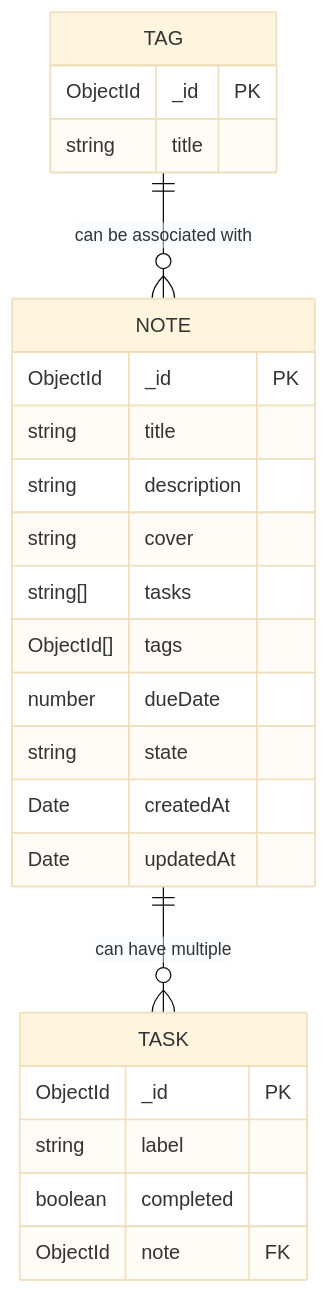
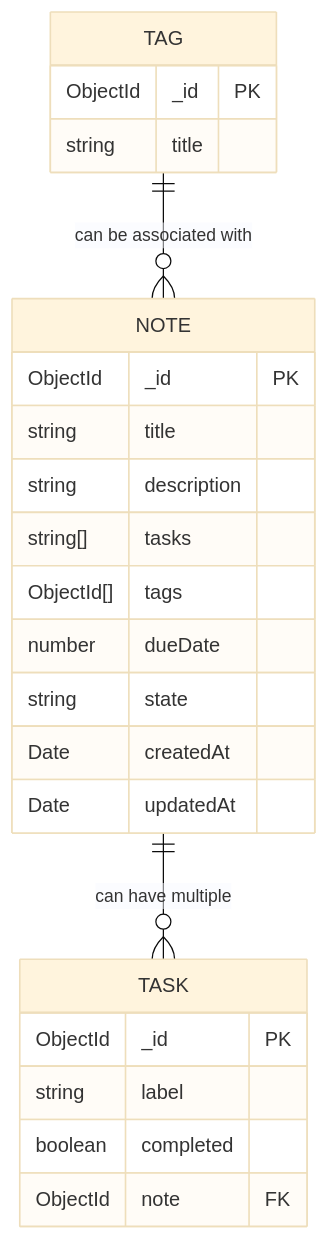
Before and after one commit to baptiste-jullion/b3-todo: the diagram in api/MODELS.md, drawn with Mermaid (base theme). The commit also changed 3 other files, not shown here.

````diff
--- a/api/MODELS.md
+++ b/api/MODELS.md
@@ -1,30 +1,29 @@
 ```mermaid
 erDiagram
     TAG {
         ObjectId _id PK
         string title
     }
 
     NOTE {
         ObjectId _id PK
         string title
         string description
-        string cover
         string[] tasks
         ObjectId[] tags
         number dueDate
         string state
         Date createdAt
         Date updatedAt
     }
 
     TASK {
         ObjectId _id PK
         string label
         boolean completed
         ObjectId note FK
     }
 
     TAG ||--o{ NOTE : "can be associated with"
     NOTE ||--o{ TASK : "can have multiple"
 ```
````
